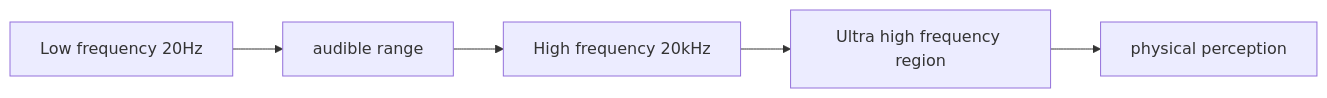
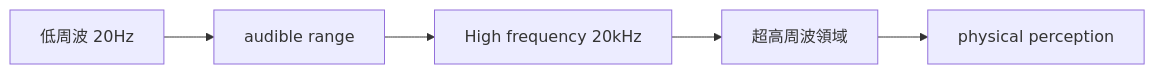
Before and after one commit to monumental-movement/monumental-movement.github.io: the second of 8 diagrams in en/_posts/2026-04-18-column-ryoji-ikeda.md, drawn with Mermaid. The commit also changed other lines of this file and 2196 other files, not shown here.

```diff
--- a/en/_posts/2026-04-18-column-ryoji-ikeda.md
+++ b/en/_posts/2026-04-18-column-ryoji-ikeda.md
@@ -97,7 +97,7 @@
 <div class="mermaid">
 graph LR
-A[Low frequency 20Hz] --> B[audible range]
+A[低周波 20Hz] --> B[audible range]
 B --> C[High frequency 20kHz]
-C --> D[Ultra high frequency region]
+C --> D[超高周波領域]
 D --> E[physical perception]
 </div>
```
